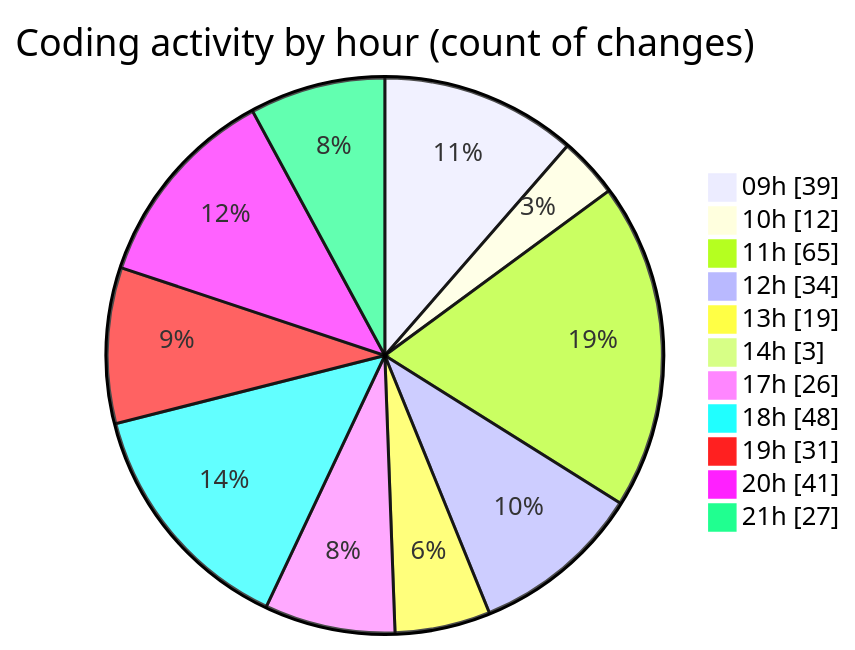
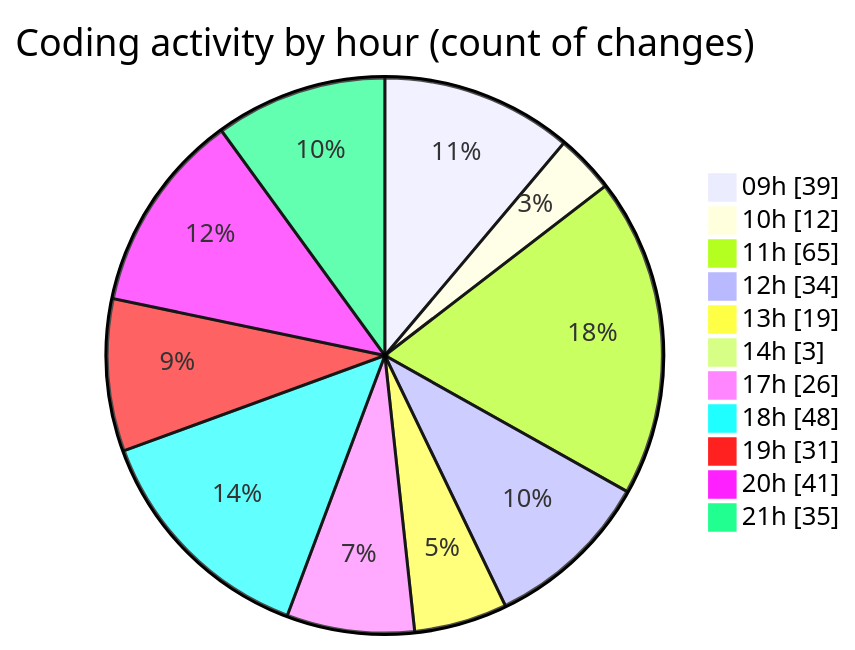
Before and after one commit to momahboobian/code-tracking: the second of 2 diagrams in 2025-03-04/cda/README.md, drawn with Mermaid. The commit also changed other lines of this file and 1 other file, not shown here.

````diff
--- a/2025-03-04/cda/README.md
+++ b/2025-03-04/cda/README.md
@@ -48,15 +48,15 @@
 ```mermaid
 pie showData
 title Coding activity by hour (count of changes)
 "09h" : 39
 "10h" : 12
 "11h" : 65
 "12h" : 34
 "13h" : 19
 "14h" : 3
 "17h" : 26
 "18h" : 48
 "19h" : 31
 "20h" : 41
-"21h" : 27
+"21h" : 35
 ```
````
